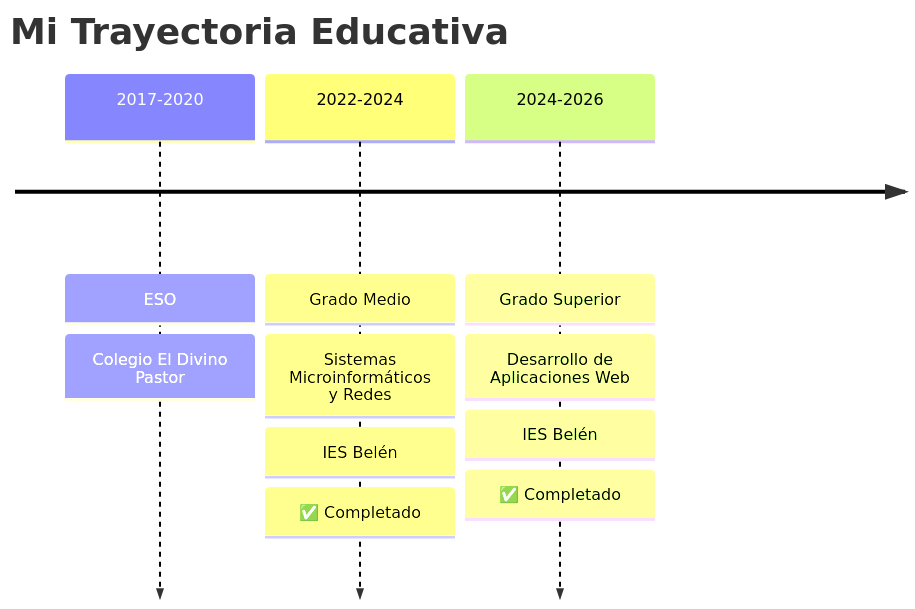
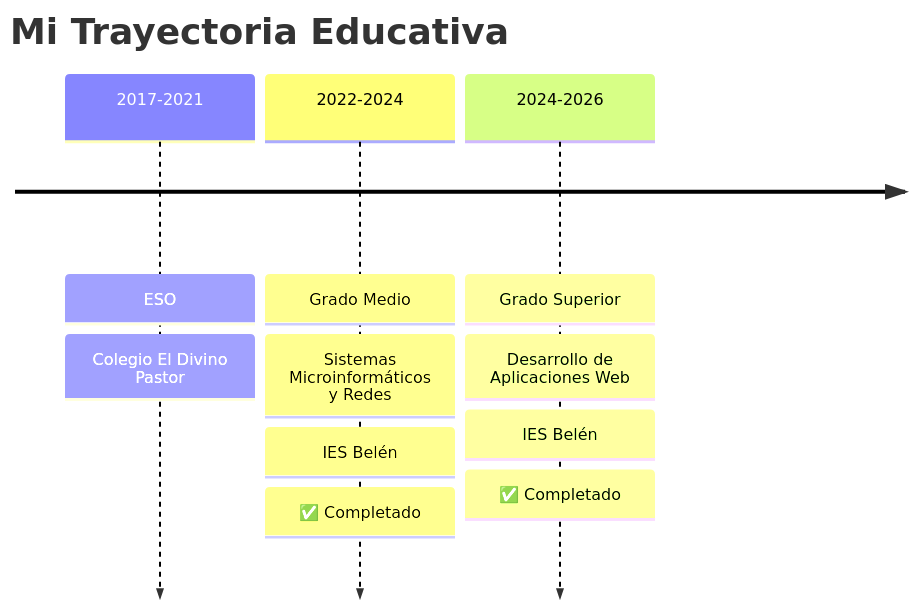
The diagram in README.md (raaulroodriguez/raaulroodriguez), drawn with Mermaid before and after one commit. The commit also changed other lines of this file, not shown here.

````diff
--- a/README.md
+++ b/README.md
@@ -278,7 +244,7 @@
 ```mermaid
 timeline
     title Mi Trayectoria Educativa
-    2017-2020 : ESO : Colegio El Divino Pastor
+    2017-2021 : ESO : Colegio El Divino Pastor
     2022-2024 : Grado Medio : Sistemas Microinformáticos y Redes : IES Belén : ✅ Completado
     2024-2026 : Grado Superior : Desarrollo de Aplicaciones Web : IES Belén : ✅ Completado
 ```
````
